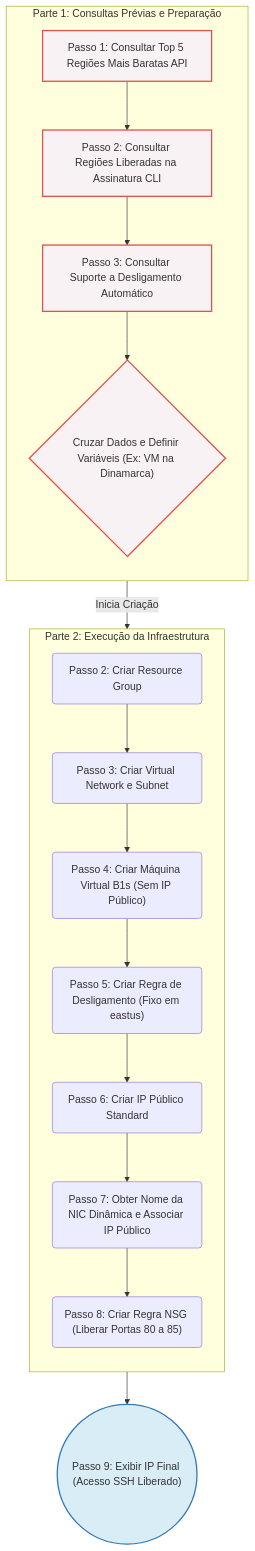
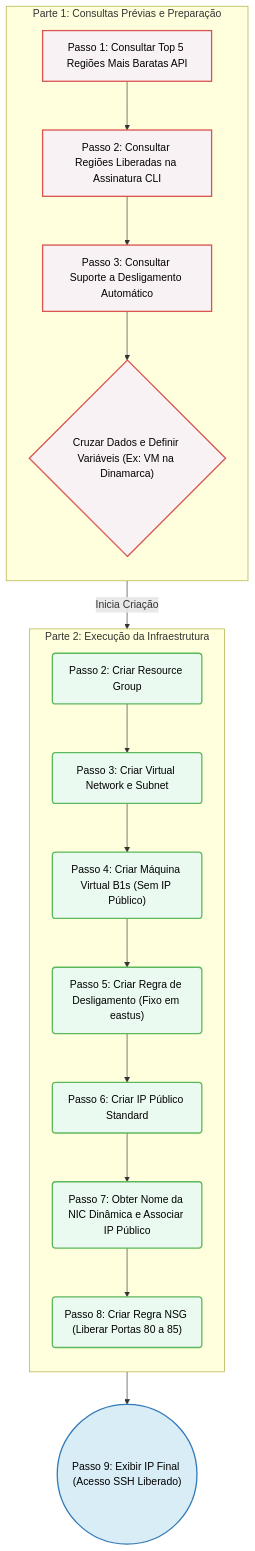
Before and after one commit to rodrigofurlaneti/az900: the diagram in createvirtualmachine.MD, drawn with Mermaid.

Commit message:
Enhance flowchart styles for dark mode
Updated node styles for dark mode compatibility in the flowchart.

````diff
--- a/createvirtualmachine.MD
+++ b/createvirtualmachine.MD
@@ -5,35 +5,35 @@
 ```mermaid
 flowchart TD
-    %% Estilos de nós para destacar categorias
-    classDef preparacao fill:#f9f2f4,stroke:#d9534f,stroke-width:2px;
-    classDef execucao fill:#eafaf1,stroke:#5cb85c,stroke-width:2px;
-    classDef final fill:#d9edf7,stroke:#337ab7,stroke-width:2px;
+    %% Estilos de nós forçando a cor do texto para preto (color:#000000) para funcionar no Dark Mode
+    classDef preparacao fill:#f9f2f4,stroke:#d9534f,stroke-width:2px,color:#000000;
+    classDef execucao fill:#eafaf1,stroke:#5cb85c,stroke-width:2px,color:#000000;
+    classDef final fill:#d9edf7,stroke:#337ab7,stroke-width:2px,color:#000000;
 
     subgraph Fase1 [Parte 1: Consultas Prévias e Preparação]
         direction TB
         A["Passo 1: Consultar Top 5 Regiões Mais Baratas API"]:::preparacao
         B["Passo 2: Consultar Regiões Liberadas na Assinatura CLI"]:::preparacao
         C["Passo 3: Consultar Suporte a Desligamento Automático"]:::preparacao
         D{"Cruzar Dados e Definir Variáveis (Ex: VM na Dinamarca)"}:::preparacao
         
         A --> B --> C --> D
     end
 
     subgraph Fase2 [Parte 2: Execução da Infraestrutura]
         direction TB
-        E("Passo 2: Criar Resource Group")
-        F("Passo 3: Criar Virtual Network e Subnet")
-        G("Passo 4: Criar Máquina Virtual B1s (Sem IP Público)")
-        H("Passo 5: Criar Regra de Desligamento (Fixo em eastus)")
-        I("Passo 6: Criar IP Público Standard")
-        J("Passo 7: Obter Nome da NIC Dinâmica e Associar IP Público")
-        K("Passo 8: Criar Regra NSG (Liberar Portas 80 a 85)")
+        E("Passo 2: Criar Resource Group"):::execucao
+        F("Passo 3: Criar Virtual Network e Subnet"):::execucao
+        G("Passo 4: Criar Máquina Virtual B1s (Sem IP Público)"):::execucao
+        H("Passo 5: Criar Regra de Desligamento (Fixo em eastus)"):::execucao
+        I("Passo 6: Criar IP Público Standard"):::execucao
+        J("Passo 7: Obter Nome da NIC Dinâmica e Associar IP Público"):::execucao
+        K("Passo 8: Criar Regra NSG (Liberar Portas 80 a 85)"):::execucao
         
         E --> F --> G --> H --> I --> J --> K
     end
 
     L(("Passo 9: Exibir IP Final (Acesso SSH Liberado)")):::final
 
     D -->|Inicia Criação| E
     K --> L
 ```
````
